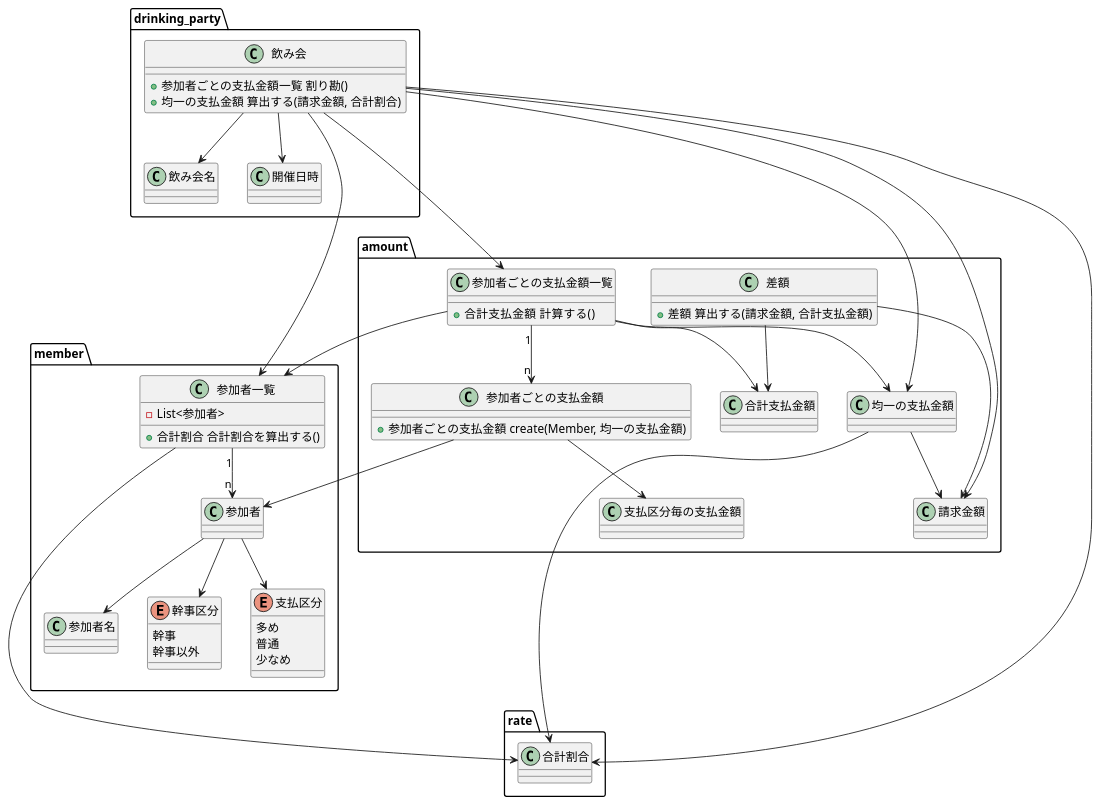
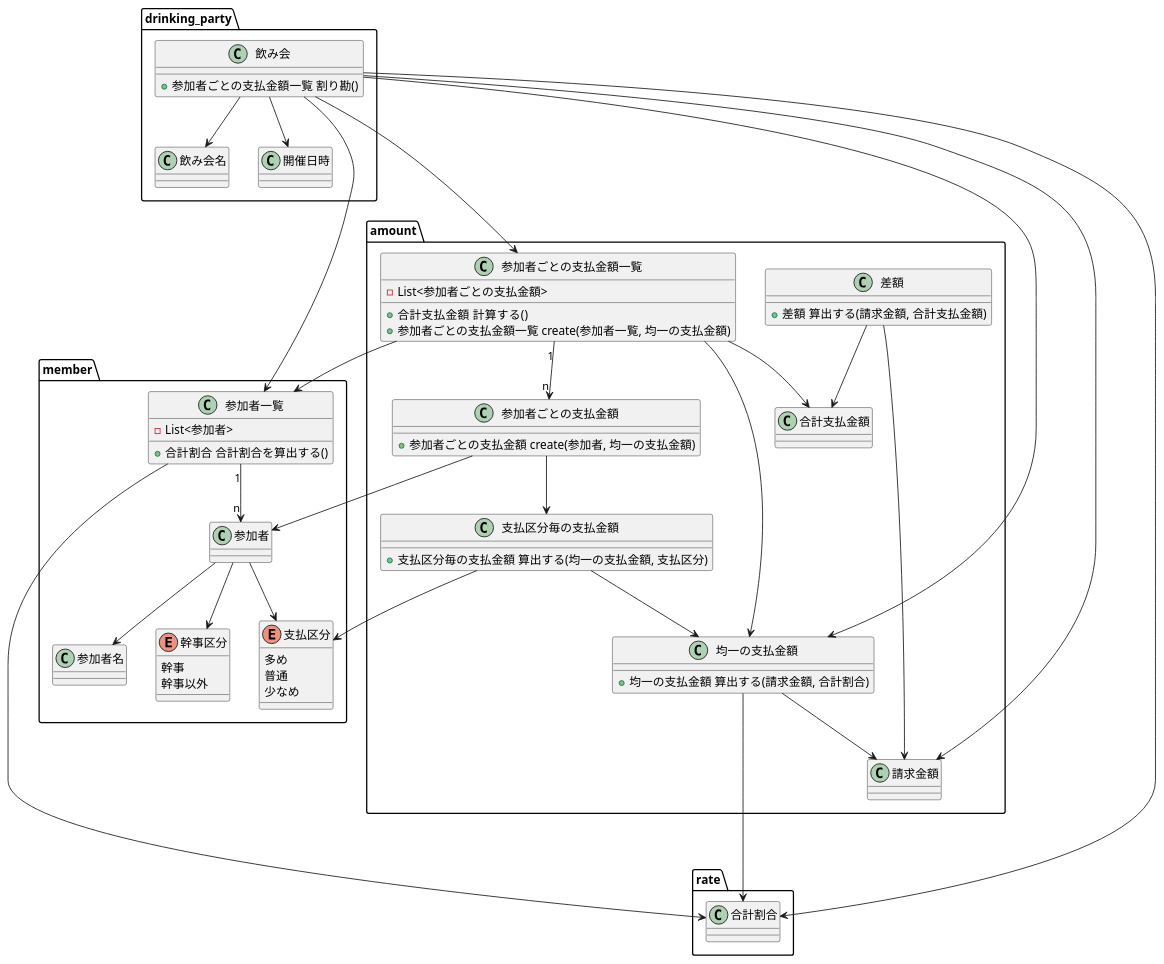
One commit to mmm00mmm/ddd-warikan changed the diagram in doc/モデル３.puml. Above: the diagram before and after it, drawn with PlantUML.

Commit message:
依存関係とメソッドを修正

```diff
--- a/doc/モデル３.puml
+++ b/doc/モデル３.puml
@@ -1,87 +1,95 @@
 @startuml
 
 package drinking_party {
     class 飲み会 {
         + 参加者ごとの支払金額一覧 割り勘()
-        + 均一の支払金額 算出する(請求金額, 合計割合)
     }
     class 飲み会名 {
     }
     class 開催日時 {
     }
 
     飲み会 --> 飲み会名
     飲み会 --> 開催日時
 }
 
 package member {
     class 参加者一覧 {
         - List<参加者>
         + 合計割合 合計割合を算出する()
     }
     class 参加者名 {
     }
     enum 幹事区分 {
         幹事
         幹事以外
     }
     enum 支払区分 {
         多め
         普通
         少なめ
     }
 
     参加者一覧 "1" --> "n" 参加者
     参加者 --> 参加者名
     参加者 --> 幹事区分
     参加者 --> 支払区分
 }
 
 package rate {
     class 合計割合 {
     }
 }
 
 
 package amount {
     class 請求金額 {
     }
     class 均一の支払金額 {
+        + 均一の支払金額 算出する(請求金額, 合計割合)
     }
     class 支払区分毎の支払金額 {
+        + 支払区分毎の支払金額 算出する(均一の支払金額, 支払区分)
     }
     class 参加者ごとの支払金額 {
-        + 参加者ごとの支払金額 create(Member, 均一の支払金額)
+        + 参加者ごとの支払金額 create(参加者, 均一の支払金額)
     }
     class 参加者ごとの支払金額一覧 {
+        - List<参加者ごとの支払金額>
         + 合計支払金額  計算する()
+        + 参加者ごとの支払金額一覧 create(参加者一覧, 均一の支払金額)
     }
     class 合計支払金額 {
     }
     class 差額 {
         + 差額 算出する(請求金額, 合計支払金額)
     }
 
     均一の支払金額 --> 請求金額
     参加者ごとの支払金額 --> 支払区分毎の支払金額
+    参加者ごとの支払金額一覧 --> 均一の支払金額
     参加者ごとの支払金額一覧 "1" --> "n" 参加者ごとの支払金額
     参加者ごとの支払金額一覧 --> 合計支払金額
+
+    支払区分毎の支払金額 --> 均一の支払金額
+
     差額 --> 請求金額
     差額 --> 合計支払金額
 }
 
 飲み会 --> 請求金額
 飲み会 ---> 参加者ごとの支払金額一覧
+飲み会 --> 均一の支払金額
 飲み会 --> 参加者一覧
-飲み会 --> 均一の支払金額
 飲み会 --> 合計割合
 
 均一の支払金額 ----> 合計割合
 参加者一覧 ----> 合計割合
 
 参加者ごとの支払金額一覧 --> 参加者一覧
-参加者ごとの支払金額一覧 --> 均一の支払金額
 
 参加者ごとの支払金額 --> 参加者
 
+支払区分毎の支払金額 --> 支払区分
+
 @enduml
```
